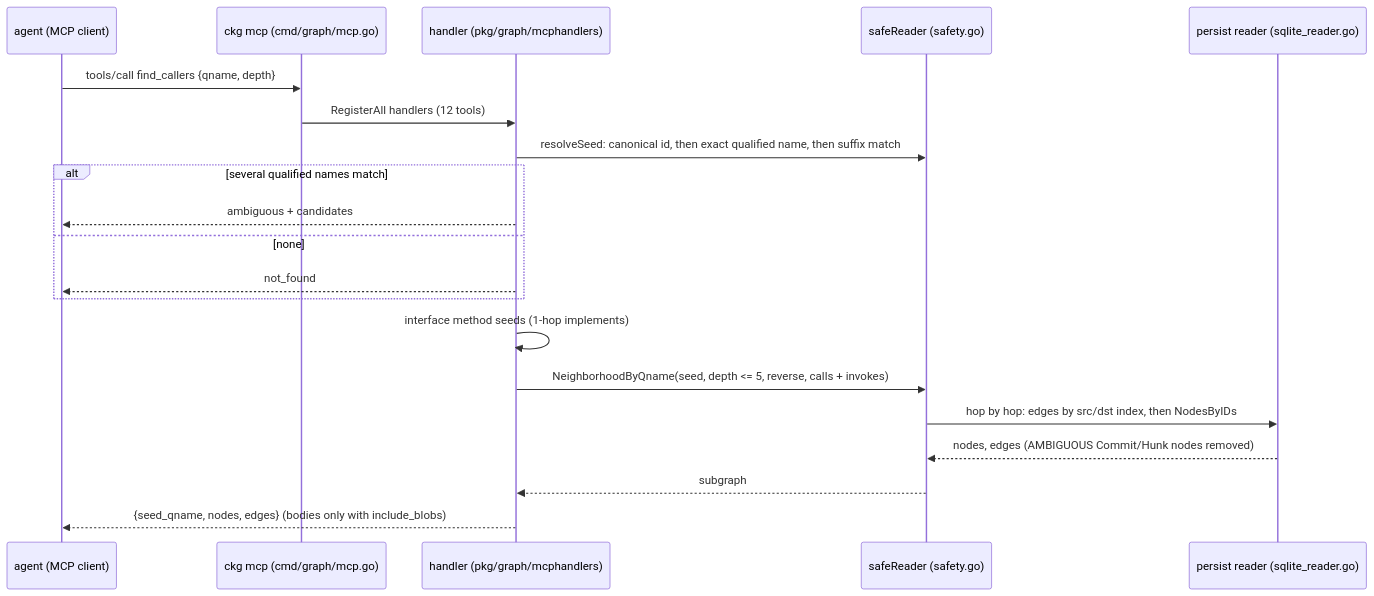
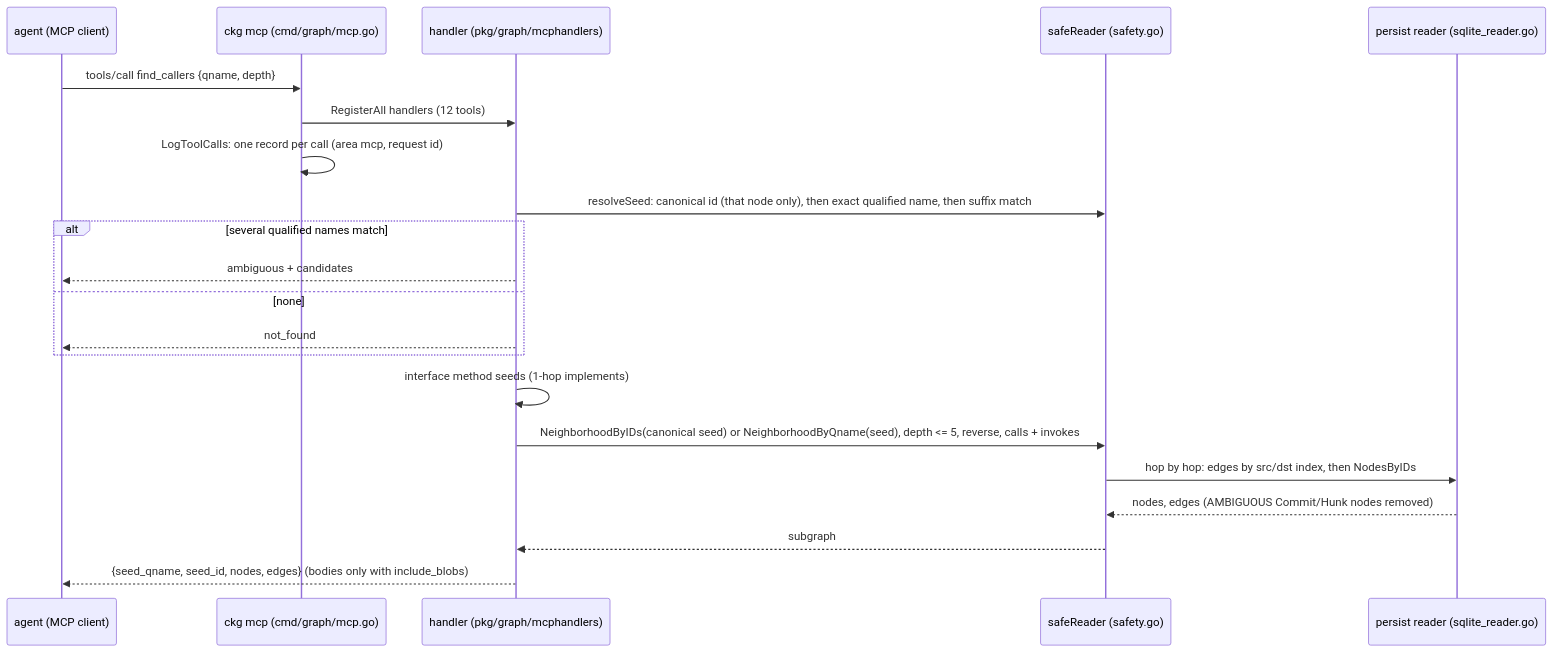
One commit to 0xmhha/knowledge-system changed the sixth of 8 diagrams in docs/graph/CKG-STRUCTURE.md. Above: the diagram before and after it, drawn with Mermaid. The commit also changed other lines of this file and 1 other file, not shown here.

First line of the commit message:
docs(graph): build scope origin, stored-table checks and fact-checked defects

````diff
--- a/docs/graph/CKG-STRUCTURE.md
+++ b/docs/graph/CKG-STRUCTURE.md
@@ -183,22 +246,23 @@
 ```mermaid
 sequenceDiagram
   participant A as agent (MCP client)
   participant M as ckg mcp (cmd/graph/mcp.go)
   participant H as handler (pkg/graph/mcphandlers)
   participant Q as safeReader (safety.go)
   participant S as persist reader (sqlite_reader.go)
   A->>M: tools/call find_callers {qname, depth}
   M->>H: RegisterAll handlers (12 tools)
-  H->>Q: resolveSeed: canonical id, then exact qualified name, then suffix match
+  M->>M: LogToolCalls: one record per call (area mcp, request id)
+  H->>Q: resolveSeed: canonical id (that node only), then exact qualified name, then suffix match
   alt several qualified names match
     H-->>A: ambiguous + candidates
   else none
     H-->>A: not_found
   end
   H->>H: interface method seeds (1-hop implements)
-  H->>Q: NeighborhoodByQname(seed, depth <= 5, reverse, calls + invokes)
+  H->>Q: NeighborhoodByIDs(canonical seed) or NeighborhoodByQname(seed), depth <= 5, reverse, calls + invokes
   Q->>S: hop by hop: edges by src/dst index, then NodesByIDs
   S-->>Q: nodes, edges (AMBIGUOUS Commit/Hunk nodes removed)
   Q-->>H: subgraph
-  H-->>A: {seed_qname, nodes, edges} (bodies only with include_blobs)
+  H-->>A: {seed_qname, seed_id, nodes, edges} (bodies only with include_blobs)
 ```
````
